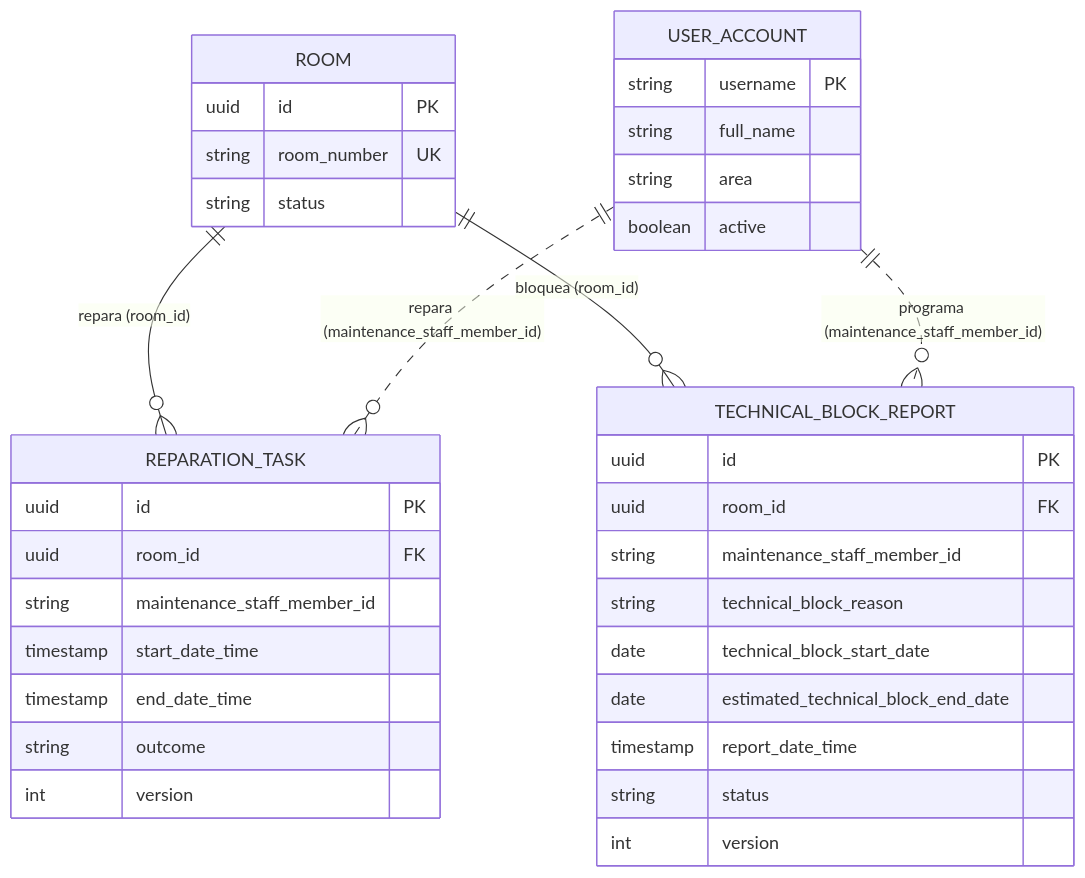
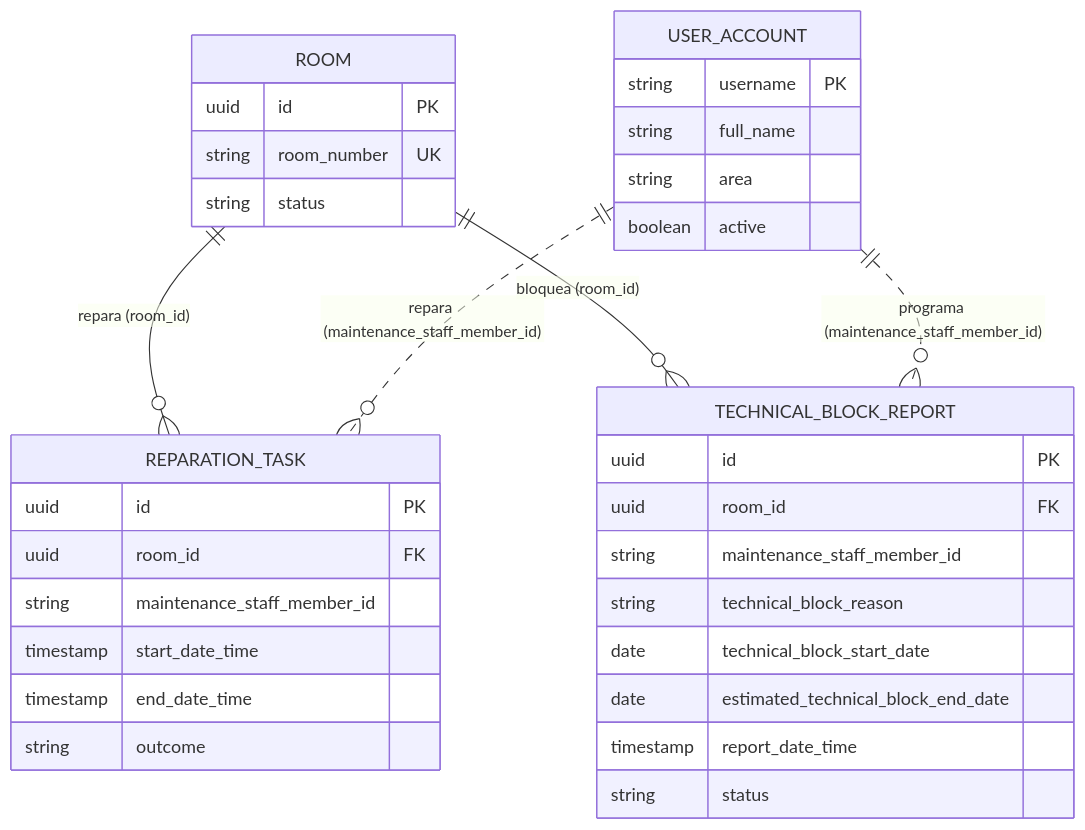
Before and after one commit to MirianMarriaga/hospitua-module-1: the fourth of 7 diagrams in documentos/diagramas/entidad-relacion.md, drawn with Mermaid. The commit also changed other lines of this file and 35 other files, not shown here.

````diff
--- a/documentos/diagramas/entidad-relacion.md
+++ b/documentos/diagramas/entidad-relacion.md
@@ -170,42 +170,40 @@
 ```mermaid
 erDiagram
   ROOM ||--o{ REPARATION_TASK        : "repara (room_id)"
   ROOM ||--o{ TECHNICAL_BLOCK_REPORT : "bloquea (room_id)"
   USER_ACCOUNT ||..o{ REPARATION_TASK        : "repara (maintenance_staff_member_id)"
   USER_ACCOUNT ||..o{ TECHNICAL_BLOCK_REPORT : "programa (maintenance_staff_member_id)"
 
   ROOM {
     uuid    id           PK
     string  room_number  UK
     string  status
   }
 
   REPARATION_TASK {
     uuid      id                           PK
     uuid      room_id                      FK
     string    maintenance_staff_member_id
     timestamp start_date_time
     timestamp end_date_time
     string    outcome
-    int       version
   }
 
   TECHNICAL_BLOCK_REPORT {
     uuid      id                               PK
     uuid      room_id                          FK
     string    maintenance_staff_member_id
     string    technical_block_reason
     date      technical_block_start_date
     date      estimated_technical_block_end_date
     timestamp report_date_time
     string    status
-    int       version
   }
 
   USER_ACCOUNT {
     string  username  PK
     string  full_name
     string  area
     boolean active
   }
 ```
````
